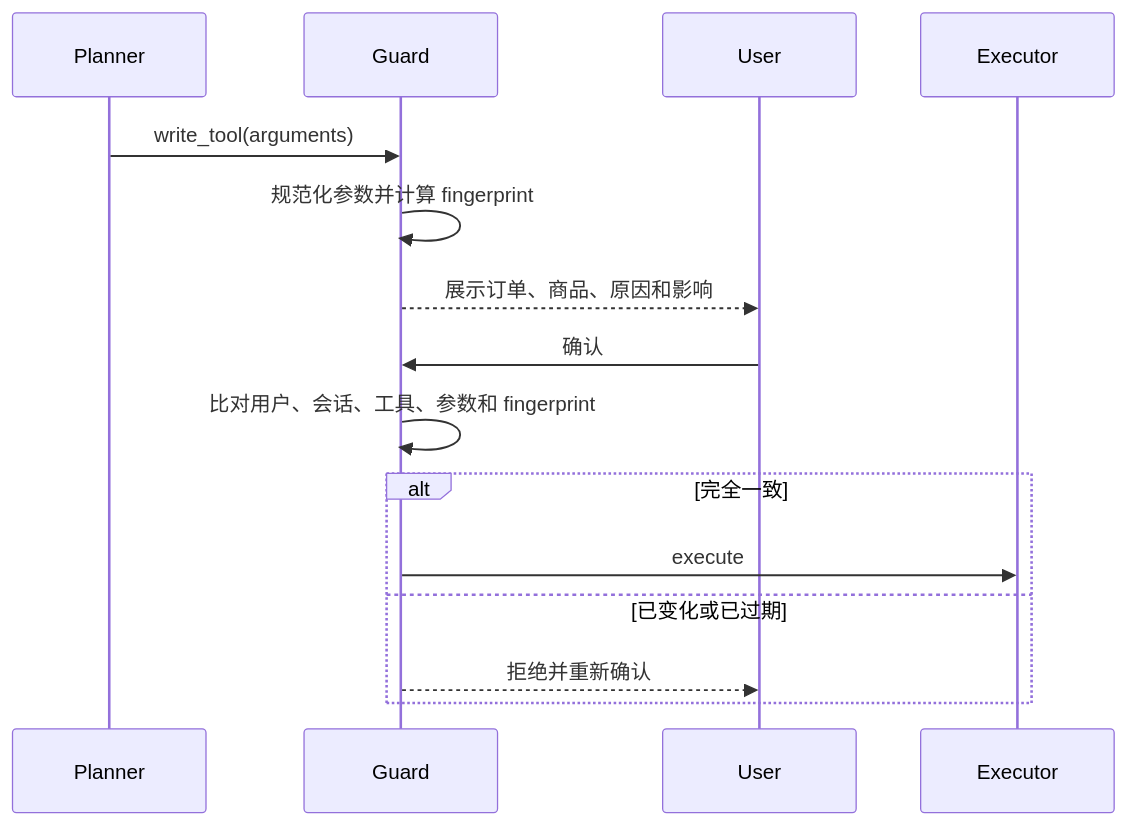
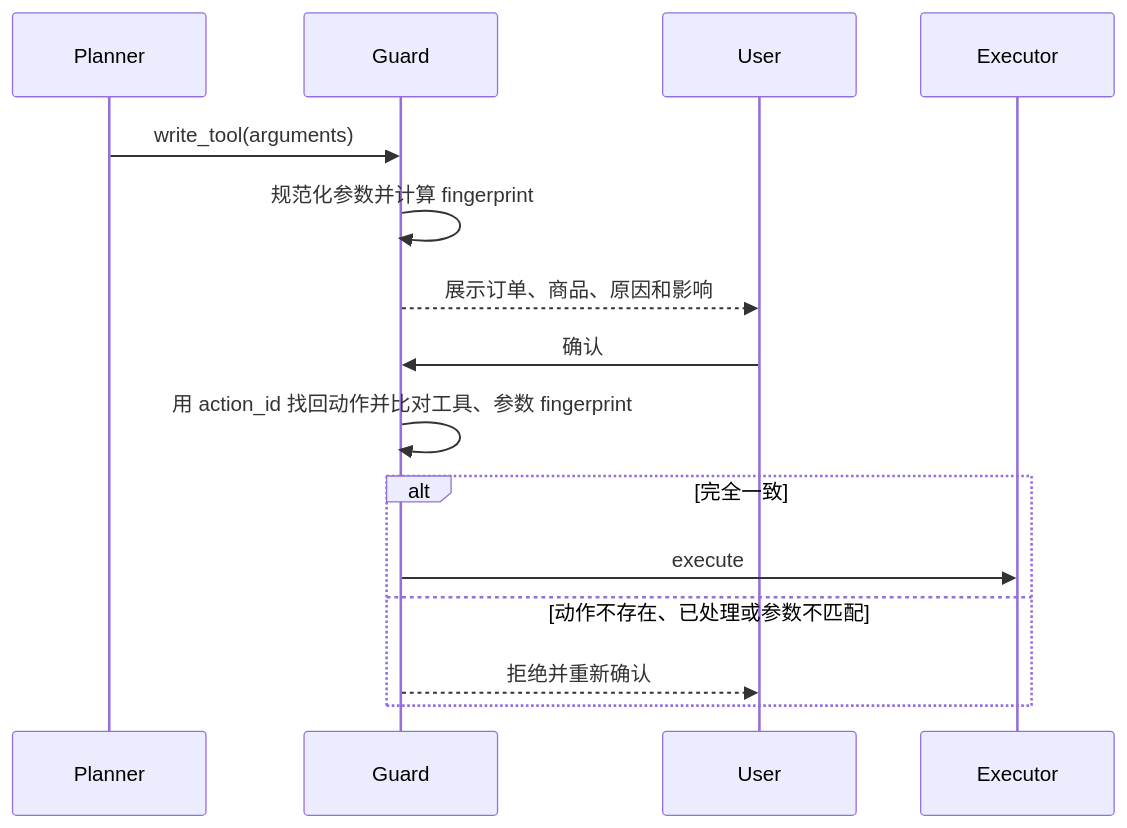
One commit to cogniverse-thinkplex/ecommerce-agent changed the first of 2 diagrams in docs/agent-course/05-policy-hitl.md. Above: the diagram before and after it, drawn with Mermaid. The commit also changed other lines of this file and 8 other files, not shown here.

````diff
--- a/docs/agent-course/05-policy-hitl.md
+++ b/docs/agent-course/05-policy-hitl.md
@@ -15,17 +15,17 @@
 ```mermaid
 sequenceDiagram
     participant P as Planner
     participant G as Guard
     participant U as User
     participant E as Executor
     P->>G: write_tool(arguments)
     G->>G: 规范化参数并计算 fingerprint
     G-->>U: 展示订单、商品、原因和影响
     U->>G: 确认
-    G->>G: 比对用户、会话、工具、参数和 fingerprint
+    G->>G: 用 action_id 找回动作并比对工具、参数 fingerprint
     alt 完全一致
         G->>E: execute
-    else 已变化或已过期
+    else 动作不存在、已处理或参数不匹配
         G-->>U: 拒绝并重新确认
     end
 ```
````
